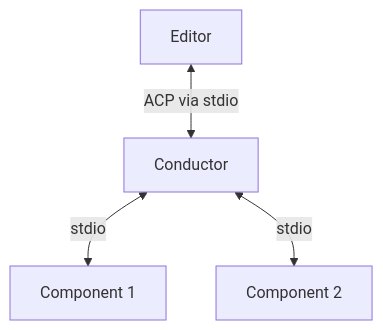
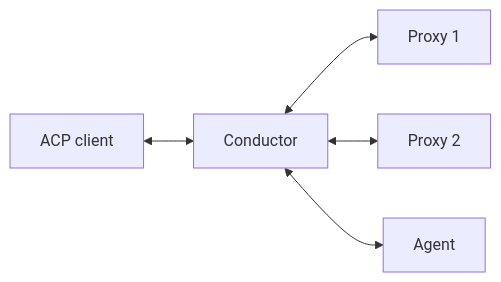
One commit to agentclientprotocol/rust-sdk changed the diagram in md/conductor.md. Above: the diagram before and after it, drawn with Mermaid. The commit also changed other lines of this file and 56 other files, not shown here.

````diff
--- a/md/conductor.md
+++ b/md/conductor.md
@@ -11,11 +12,13 @@
 ```mermaid
-flowchart TB
-    Editor[Editor]
-    C[Conductor]
-    P1[Component 1]
-    P2[Component 2]
+flowchart LR
+    Client[ACP client]
+    Conductor[Conductor]
+    Proxy1[Proxy 1]
+    Proxy2[Proxy 2]
+    Agent[Agent]
 
-    Editor <-->|ACP via stdio| C
-    C <-->|stdio| P1
-    C <-->|stdio| P2
+    Client <--> Conductor
+    Conductor <--> Proxy1
+    Conductor <--> Proxy2
+    Conductor <--> Agent
 ```
````
